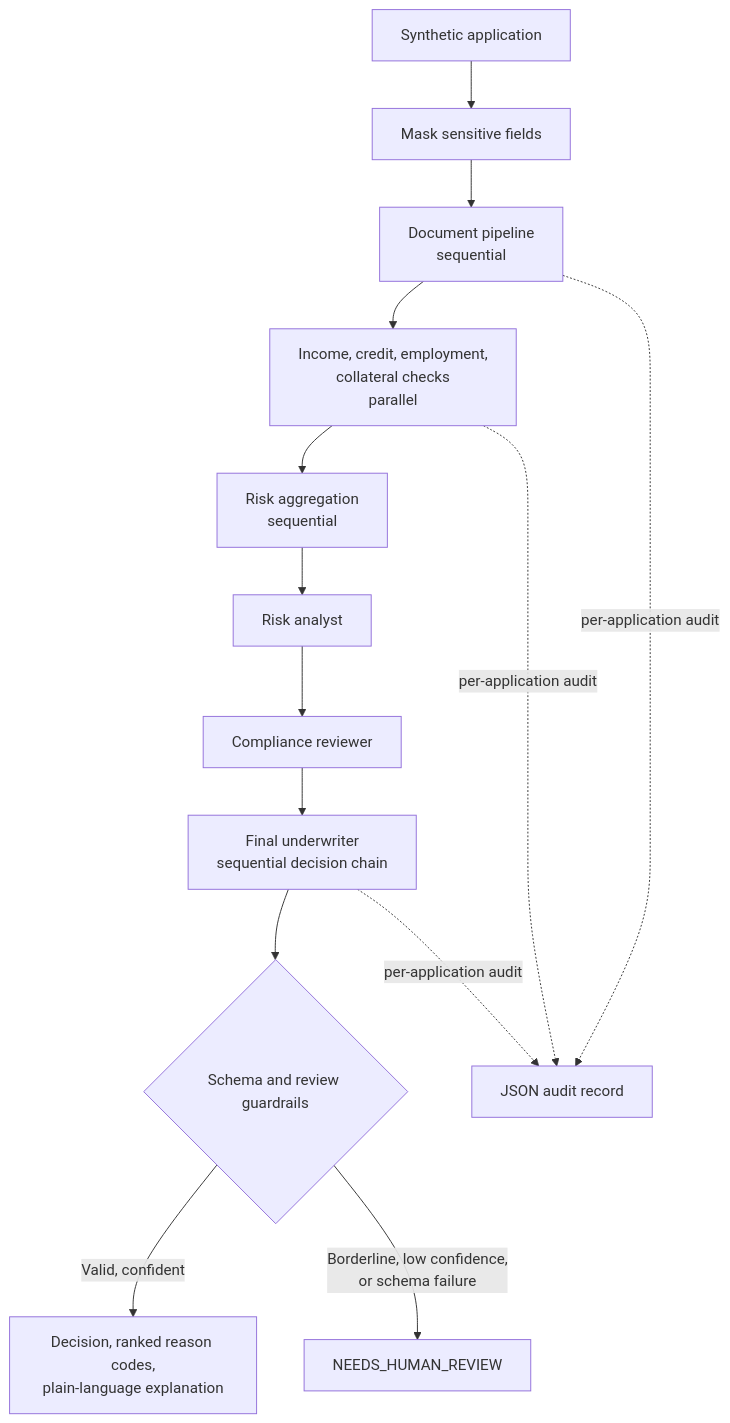
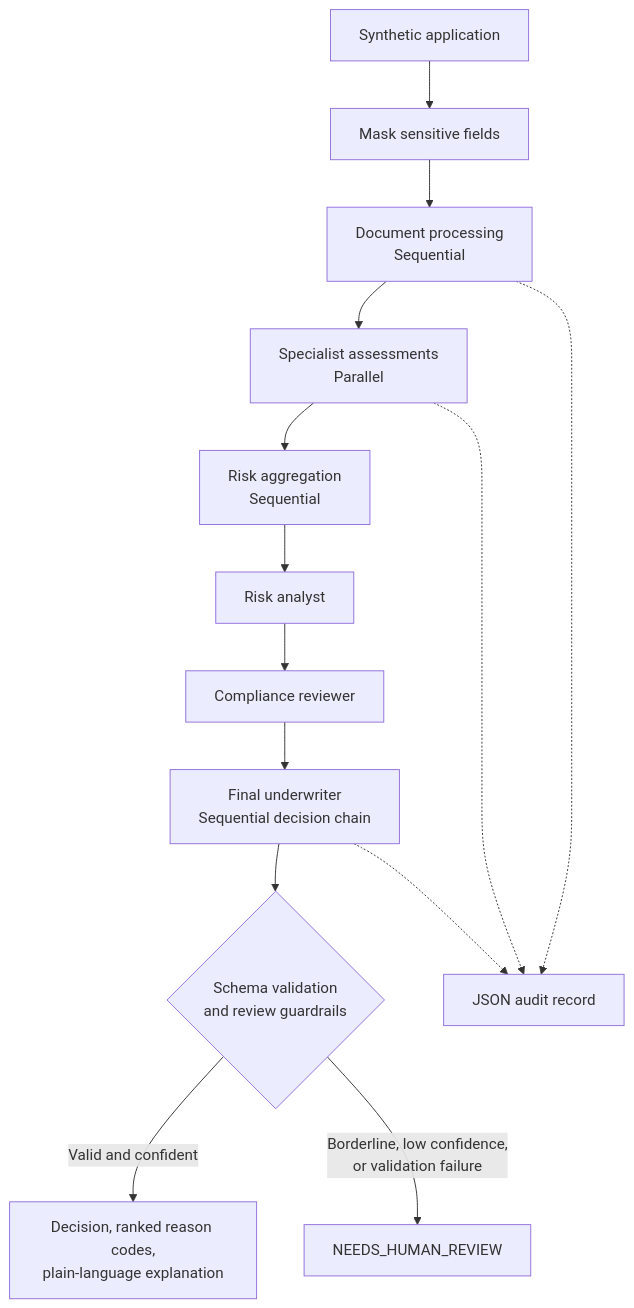
One commit to Sarthak9131/Intelligent-Load-Orchestration-System-ILOS- changed the diagram in README.md. Above: the diagram before and after it, drawn with Mermaid. The commit also changed other lines of this file, not shown here.

````diff
--- a/README.md
+++ b/README.md
@@ -19,16 +22,16 @@
 ```mermaid
 flowchart TD
     A[Synthetic application] --> B[Mask sensitive fields]
-    B --> C[Document pipeline<br/>sequential]
-    C --> D[Income, credit, employment,<br/>collateral checks<br/>parallel]
-    D --> E[Risk aggregation<br/>sequential]
+    B --> C[Document processing<br/>Sequential]
+    C --> D[Specialist assessments<br/>Parallel]
+    D --> E[Risk aggregation<br/>Sequential]
     E --> F[Risk analyst]
     F --> G[Compliance reviewer]
-    G --> H[Final underwriter<br/>sequential decision chain]
-    H --> I{Schema and review guardrails}
-    I -->|Valid, confident| J[Decision, ranked reason codes,<br/>plain-language explanation]
-    I -->|Borderline, low confidence,<br/>or schema failure| K[NEEDS_HUMAN_REVIEW]
-    C -. per-application audit .-> L[JSON audit record]
-    D -. per-application audit .-> L
-    H -. per-application audit .-> L
+    G --> H[Final underwriter<br/>Sequential decision chain]
+    H --> I{Schema validation<br/>and review guardrails}
+    I -->|Valid and confident| J[Decision, ranked reason codes,<br/>plain-language explanation]
+    I -->|Borderline, low confidence,<br/>or validation failure| K[NEEDS_HUMAN_REVIEW]
+    C -.-> L[JSON audit record]
+    D -.-> L
+    H -.-> L
 ```
````
